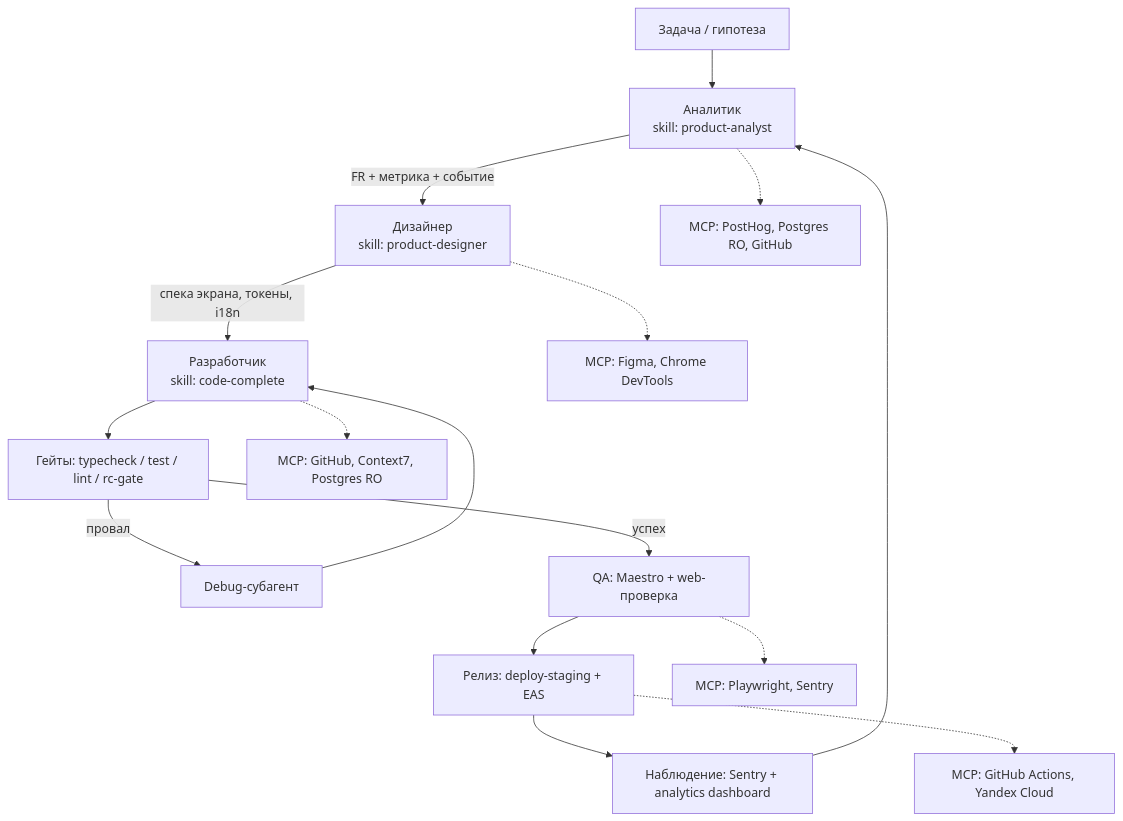
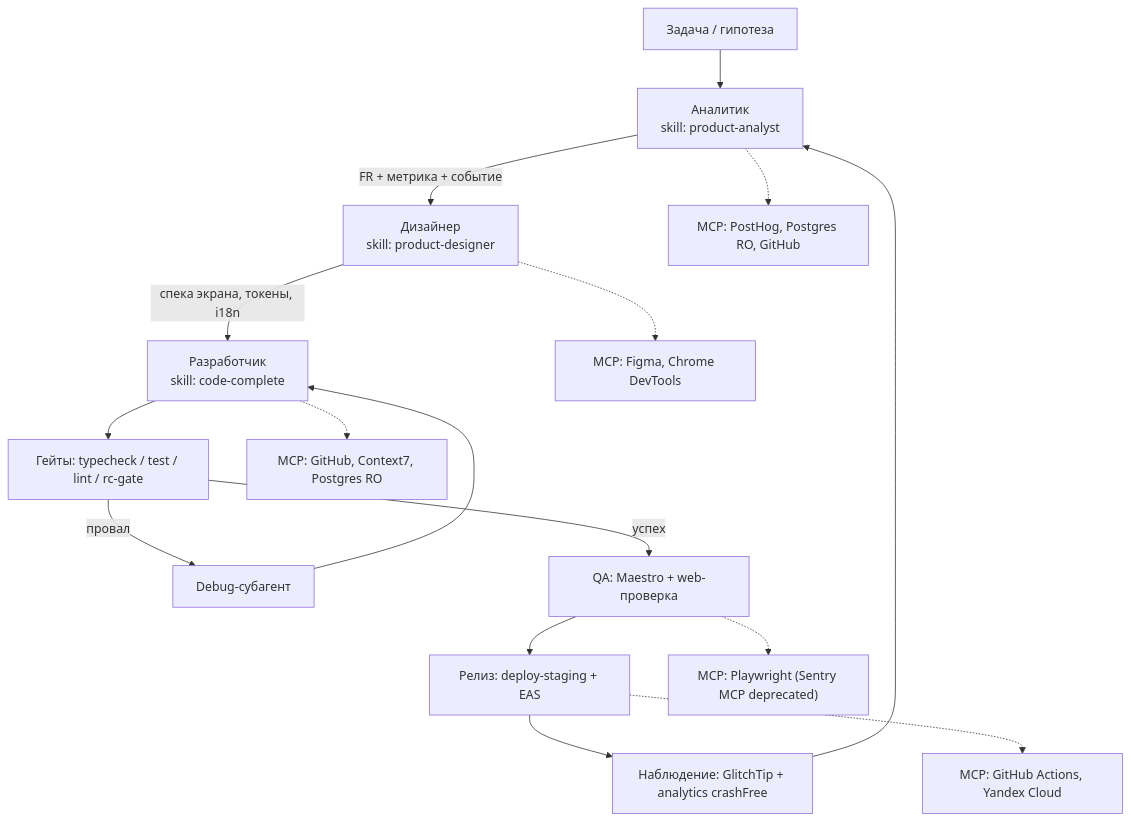
Before and after one commit to zuevfoton-art/AllerGuide: the diagram in docs/agents-roles-and-mcp-plan.md, drawn with Mermaid. The commit also changed other lines of this file and 18 other files, not shown here.

First line of the commit message:
docs: retarget G5 crash-free from Sentry Cloud to GlitchTip

````diff
--- a/docs/agents-roles-and-mcp-plan.md
+++ b/docs/agents-roles-and-mcp-plan.md
@@ -276,19 +276,19 @@
 ```mermaid
 flowchart TD
   Idea["Задача / гипотеза"] --> Analyst["Аналитик<br/>skill: product-analyst"]
   Analyst -->|"FR + метрика + событие"| Designer["Дизайнер<br/>skill: product-designer"]
   Designer -->|"спека экрана, токены, i18n"| Dev["Разработчик<br/>skill: code-complete"]
   Dev --> Gate["Гейты: typecheck / test / lint / rc-gate"]
   Gate -->|"провал"| Debug["Debug-субагент"]
   Debug --> Dev
   Gate -->|"успех"| QA["QA: Maestro + web-проверка"]
   QA --> Release["Релиз: deploy-staging + EAS"]
-  Release --> Observe["Наблюдение: Sentry + analytics dashboard"]
+  Release --> Observe["Наблюдение: GlitchTip + analytics crashFree"]
   Observe --> Analyst
 
   Analyst -.-> McpAnalytics["MCP: PostHog, Postgres RO, GitHub"]
   Designer -.-> McpDesign["MCP: Figma, Chrome DevTools"]
   Dev -.-> McpDev["MCP: GitHub, Context7, Postgres RO"]
-  QA -.-> McpQa["MCP: Playwright, Sentry"]
+  QA -.-> McpQa["MCP: Playwright (Sentry MCP deprecated)"]
   Release -.-> McpRelease["MCP: GitHub Actions, Yandex Cloud"]
 ```
````
